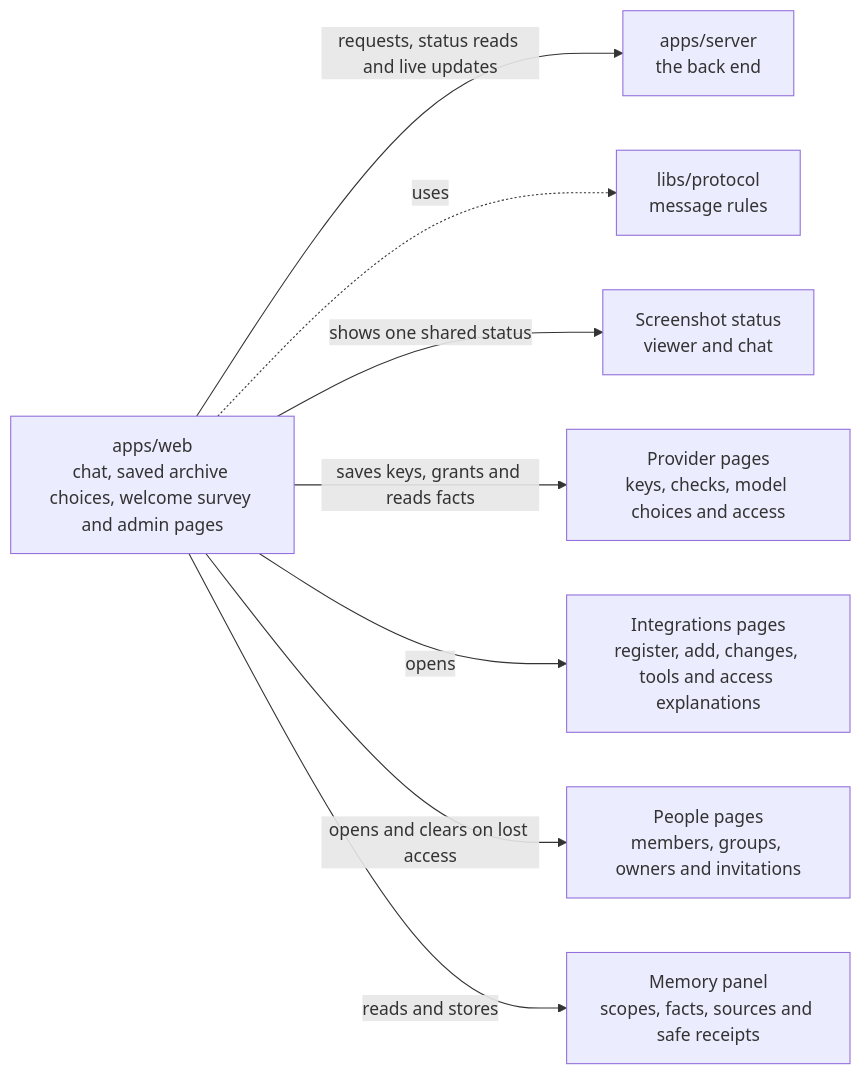
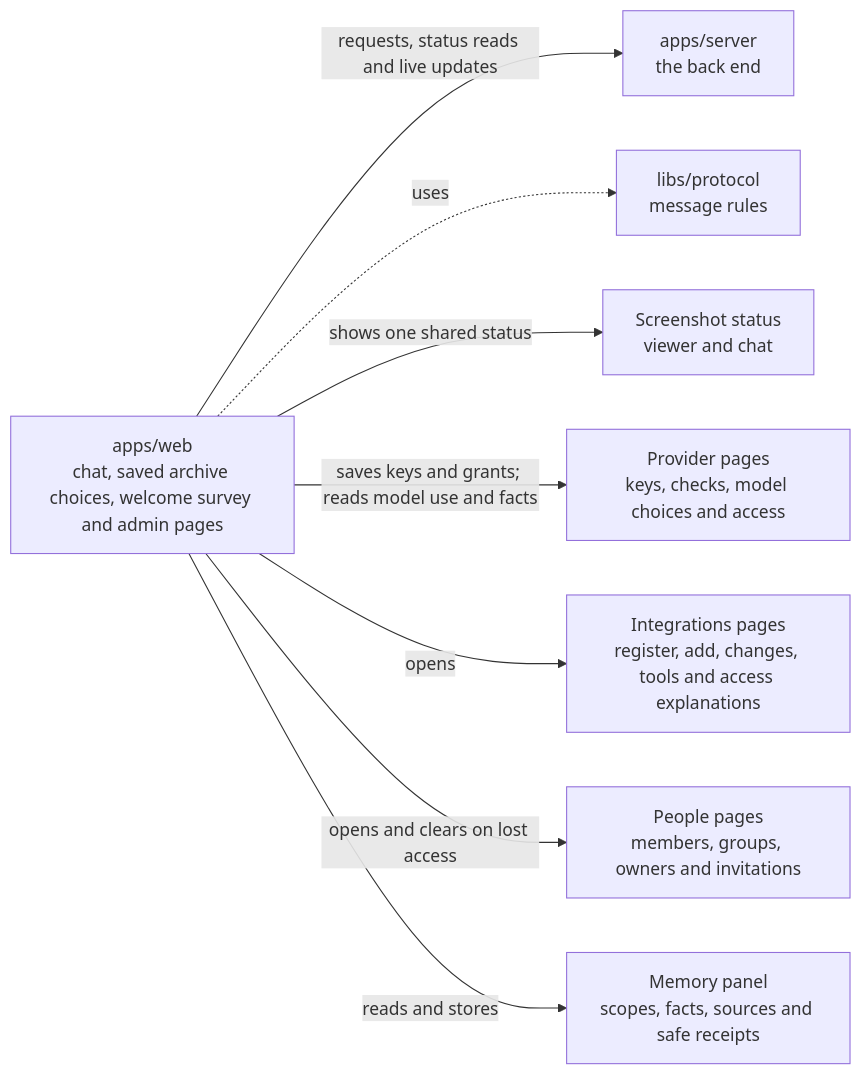
Before and after one commit to elewa-git/opencrane-new: the diagram in apps/web/README.md, drawn with Mermaid. The commit also changed other lines of this file and 27 other files, not shown here.

````diff
--- a/apps/web/README.md
+++ b/apps/web/README.md
@@ -11,10 +11,10 @@
 ```mermaid
 flowchart LR
   web["apps/web<br/>chat, saved archive choices, welcome survey and admin pages"] -->|requests, status reads and live updates| server["apps/server<br/>the back end"]
   web -.->|uses| protocol["libs/protocol<br/>message rules"]
   web -->|shows one shared status| capture["Screenshot status<br/>viewer and chat"]
-  web -->|saves keys, grants and reads facts| providers["Provider pages<br/>keys, checks, model choices and access"]
+  web -->|saves keys and grants; reads model use and facts| providers["Provider pages<br/>keys, checks, model choices and access"]
   web -->|opens| integrations["Integrations pages<br/>register, add, changes, tools and access explanations"]
   web -->|opens and clears on lost access| people["People pages<br/>members, groups, owners and invitations"]
   web -->|reads and stores| memory["Memory panel<br/>scopes, facts, sources and safe receipts"]
 ```
````
